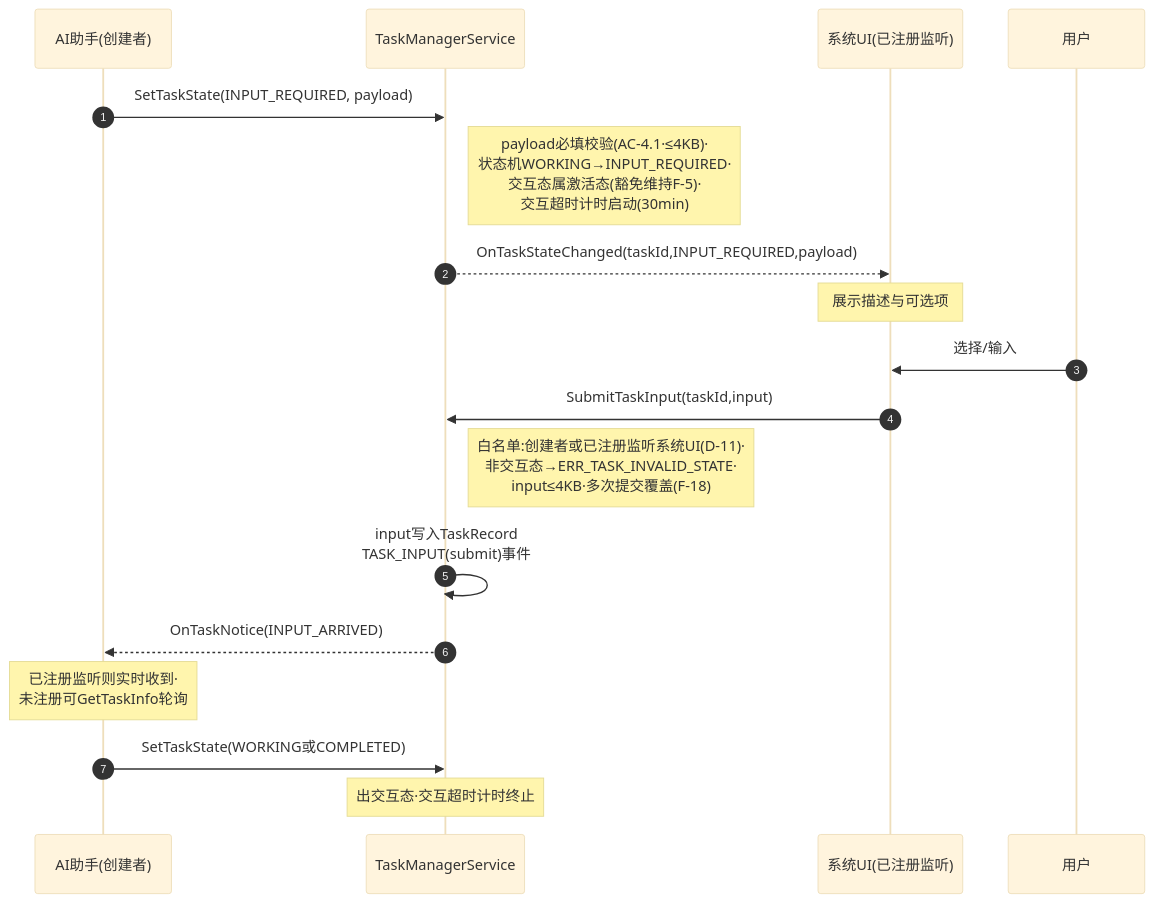
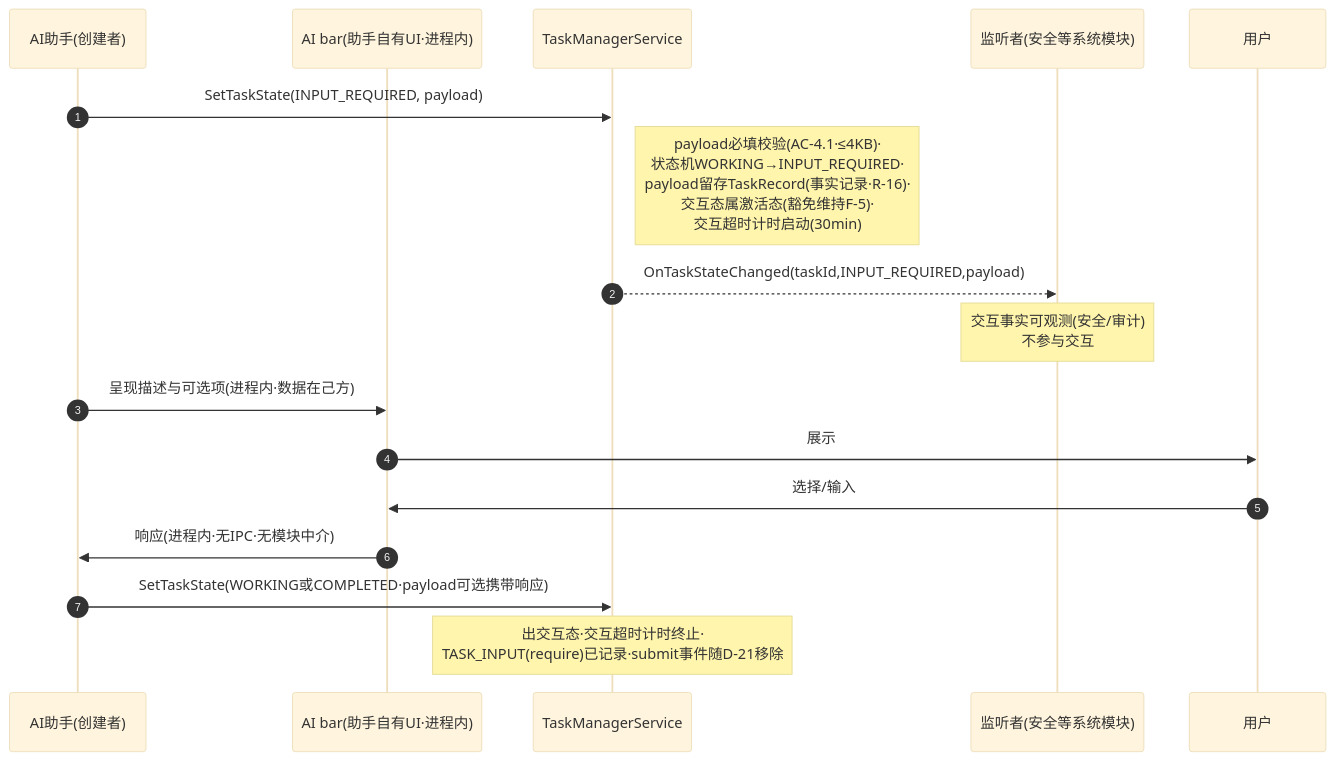
The fifth of 8 diagrams in .codespec/changes/ai-task-manager/docs/flow-diagrams.md (xuanjiazhen/ability_ability_runtime), drawn with Mermaid (base theme) before and after one commit. The commit also changed other lines of this file and 12 other files, not shown here.

First line of the commit message:
docs(ai-task-manager): 需求变更 D-21——进度展示与交互由 AI bar 内化，监听保留给安全等模块

````diff
--- a/.codespec/changes/ai-task-manager/docs/flow-diagrams.md
+++ b/.codespec/changes/ai-task-manager/docs/flow-diagrams.md
@@ -223,21 +222,20 @@
 ```mermaid
 sequenceDiagram
     autonumber
     participant AI as AI助手(创建者)
+    participant BAR as AI bar(助手自有UI·进程内)
     participant TMS as TaskManagerService
-    participant UI as 系统UI(已注册监听)
+    participant LSN as 监听者(安全等系统模块)
     participant USR as 用户
 
     AI->>TMS: SetTaskState(INPUT_REQUIRED, payload)
-    Note right of TMS: payload必填校验(AC-4.1·≤4KB)·<br/>状态机WORKING→INPUT_REQUIRED·<br/>交互态属激活态(豁免维持F-5)·<br/>交互超时计时启动(30min)
-    TMS-->>UI: OnTaskStateChanged(taskId,INPUT_REQUIRED,payload)
-    Note over UI: 展示描述与可选项
-    USR->>UI: 选择/输入
-    UI->>TMS: SubmitTaskInput(taskId,input)
-    Note right of TMS: 白名单:创建者或已注册监听系统UI(D-11)·<br/>非交互态→ERR_TASK_INVALID_STATE·<br/>input≤4KB·多次提交覆盖(F-18)
-    TMS->>TMS: input写入TaskRecord<br/>TASK_INPUT(submit)事件
-    TMS-->>AI: OnTaskNotice(INPUT_ARRIVED)
-    Note over AI: 已注册监听则实时收到·<br/>未注册可GetTaskInfo轮询
-    AI->>TMS: SetTaskState(WORKING或COMPLETED)
-    Note over TMS: 出交互态·交互超时计时终止
+    Note right of TMS: payload必填校验(AC-4.1·≤4KB)·<br/>状态机WORKING→INPUT_REQUIRED·<br/>payload留存TaskRecord(事实记录·R-16)·<br/>交互态属激活态(豁免维持F-5)·<br/>交互超时计时启动(30min)
+    TMS-->>LSN: OnTaskStateChanged(taskId,INPUT_REQUIRED,payload)
+    Note over LSN: 交互事实可观测(安全/审计)<br/>不参与交互
+    AI->>BAR: 呈现描述与可选项(进程内·数据在己方)
+    BAR->>USR: 展示
+    USR->>BAR: 选择/输入
+    BAR->>AI: 响应(进程内·无IPC·无模块中介)
+    AI->>TMS: SetTaskState(WORKING或COMPLETED·payload可选携带响应)
+    Note over TMS: 出交互态·交互超时计时终止·<br/>TASK_INPUT(require)已记录·submit事件随D-21移除
 ```
````
